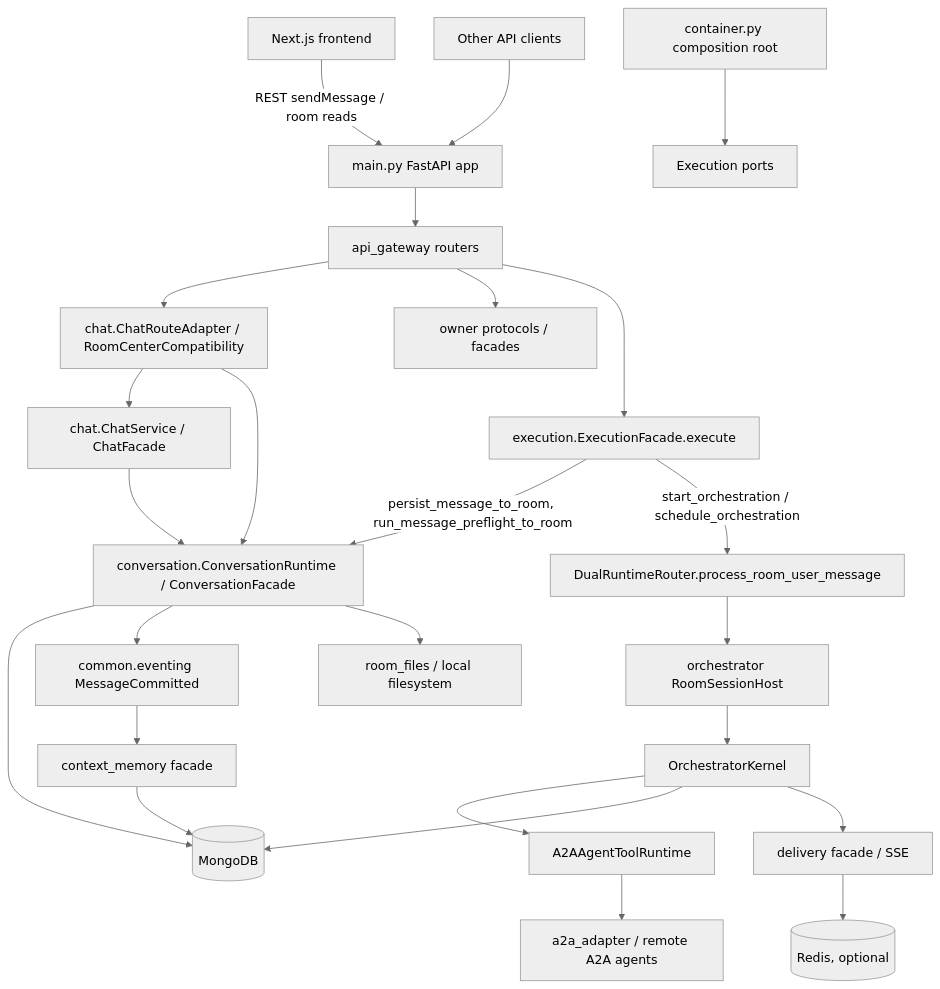
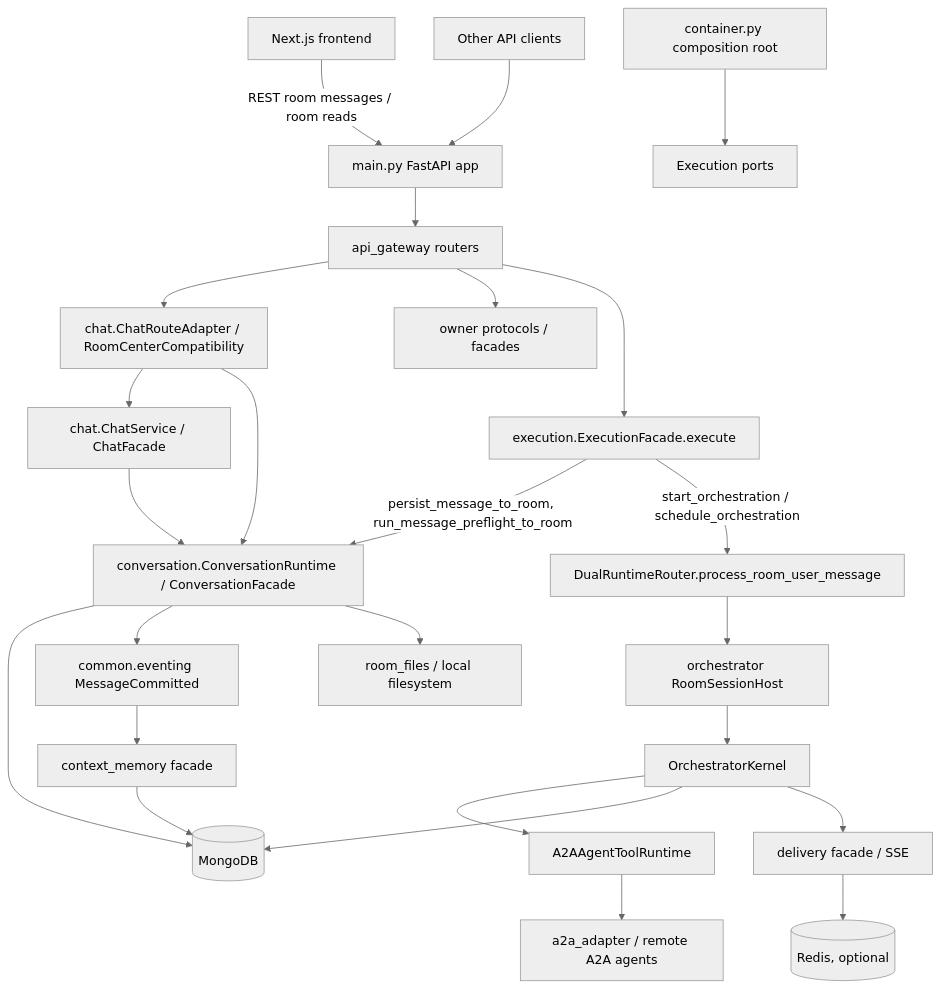
The diagram in backend/docs/System-Architecture.md (JeromeOvO/hybro), drawn with Mermaid (neutral theme) before and after one commit. The commit also changed other lines of this file and 49 other files, not shown here.

First line of the commit message:
feat(api)!: serve rooms from canonical /rooms routes instead of /roomCenter

````diff
--- a/backend/docs/System-Architecture.md
+++ b/backend/docs/System-Architecture.md
@@ -224,29 +224,29 @@
 ```mermaid
 flowchart TD
-    Frontend[Next.js frontend] -->|REST sendMessage / room reads| FastAPI[main.py FastAPI app]
+    Frontend[Next.js frontend] -->|REST room messages / room reads| FastAPI[main.py FastAPI app]
     APIClient[Other API clients] --> FastAPI
     FastAPI --> APIGateway[api_gateway routers]
     APIGateway --> ChatRoutes[chat.ChatRouteAdapter / RoomCenterCompatibility]
     APIGateway --> OwnerPorts[owner protocols / facades]
     APIGateway --> Execution[execution.ExecutionFacade.execute]
     ChatRoutes --> Chat[chat.ChatService / ChatFacade]
     ChatRoutes --> Conversation
     Chat --> Conversation[conversation.ConversationRuntime / ConversationFacade]
 
     Container[container.py composition root] --> ExecutionPorts[Execution ports]
     Execution -->|persist_message_to_room, run_message_preflight_to_room| Conversation
     Execution -->|start_orchestration / schedule_orchestration| Router[DualRuntimeRouter.process_room_user_message]
     Router --> SessionHost[orchestrator RoomSessionHost]
     SessionHost --> Kernel[OrchestratorKernel]
     Kernel --> ToolRuntime[A2AAgentToolRuntime]
     ToolRuntime --> A2A[a2a_adapter / remote A2A agents]
     Kernel --> Mongo[(MongoDB)]
     Kernel --> Delivery[delivery facade / SSE]
 
     Conversation --> Mongo
     Conversation --> InternalEventing[common.eventing MessageCommitted]
     InternalEventing --> ContextMemory[context_memory facade]
     Conversation --> RoomFiles[room_files / local filesystem]
     ContextMemory --> Mongo
     Delivery --> Redis[(Redis, optional)]
 ```
````
